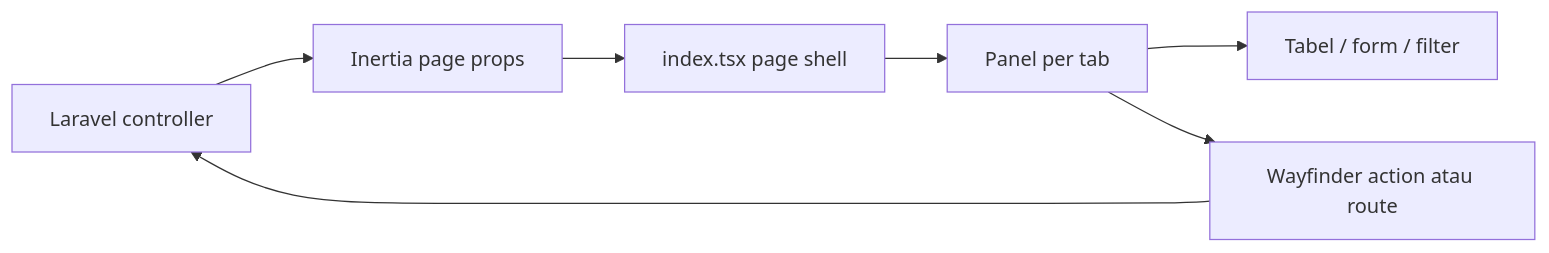
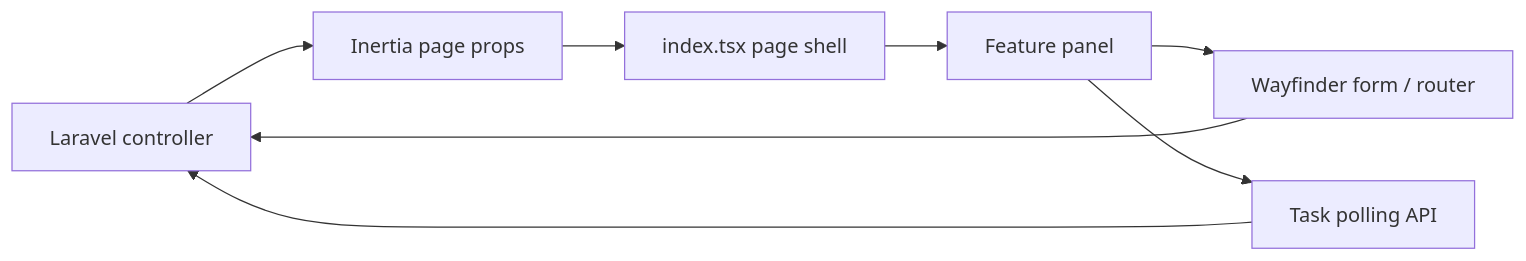
The diagram in docs/frontend-architecture.md (khairuonwork/sikompen_ae), drawn with Mermaid before and after one commit. The commit also changed other lines of this file and 12 other files, not shown here.

````diff
--- a/docs/frontend-architecture.md
+++ b/docs/frontend-architecture.md
@@ -52,9 +42,10 @@
 ```mermaid
 flowchart LR
-    Laravel["Laravel controller"] --> Props["Inertia page props"]
-    Props --> Page["index.tsx page shell"]
-    Page --> Panels["Panel per tab"]
-    Panels --> Tables["Tabel / form / filter"]
-    Panels --> Wayfinder["Wayfinder action atau route"]
-    Wayfinder --> Laravel
+    C[Laravel controller] --> P[Inertia page props]
+    P --> S[index.tsx page shell]
+    S --> F[Feature panel]
+    F --> Q[Wayfinder form / router]
+    Q --> C
+    F --> T[Task polling API]
+    T --> C
 ```
````
